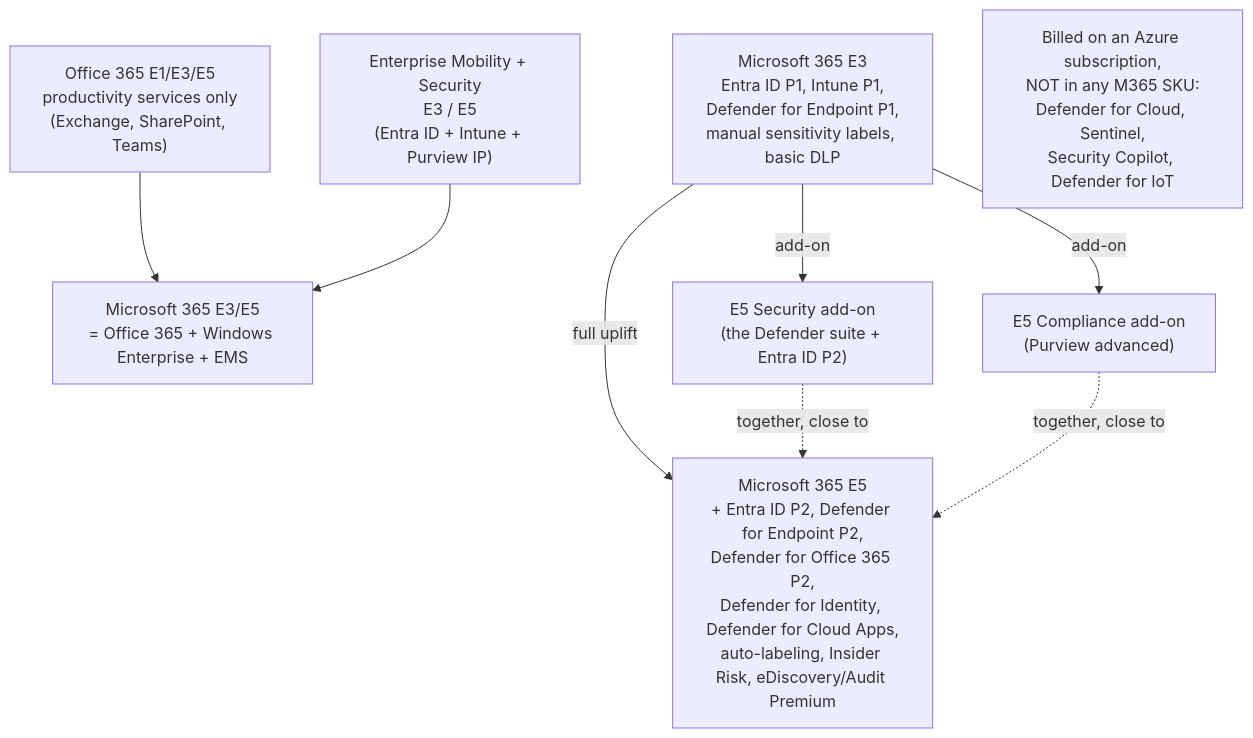
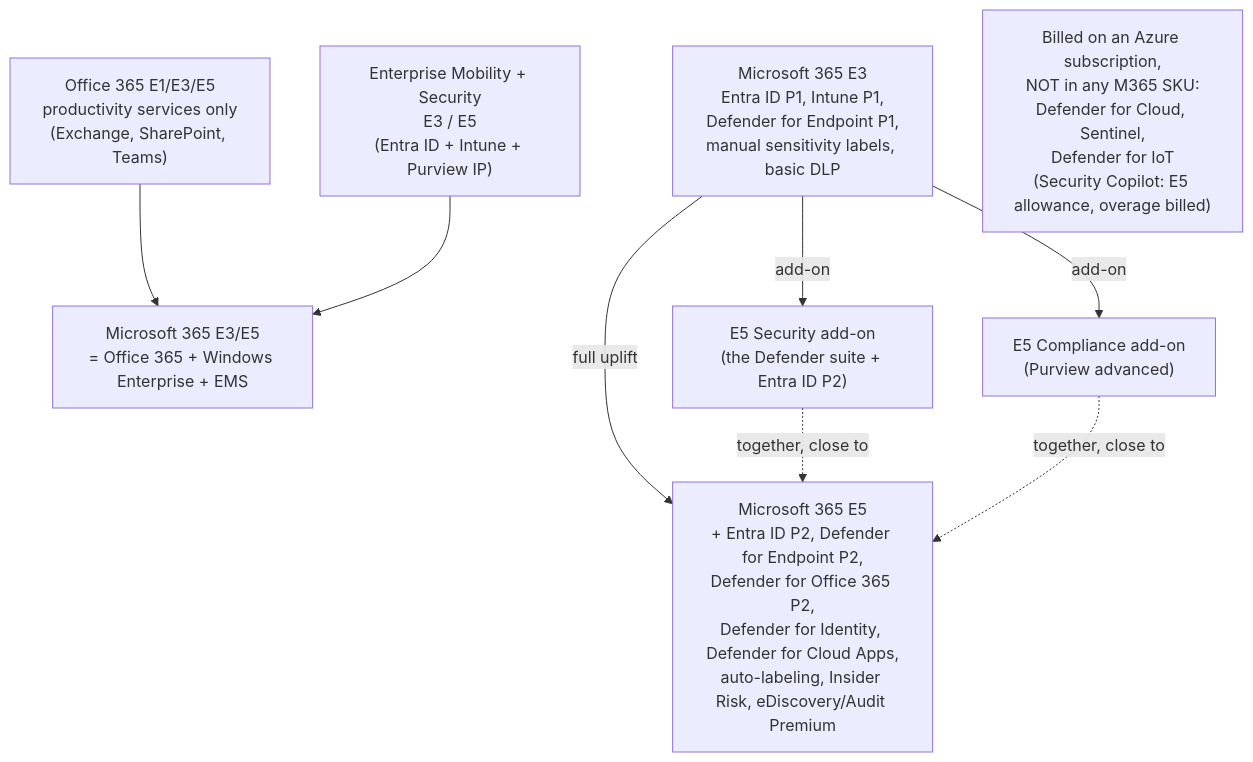
Before and after one commit to DhruvKai/SC-100: the first of 2 diagrams in 04 Applications/Microsoft 365 Licensing.md, drawn with Mermaid. The commit also changed other lines of this file and 27 other files, not shown here.

First line of the commit message:
Add patching, Defender for Cloud recommendations, and confidential computing notes; E3/E5 cheat sheet

````diff
--- a/04 Applications/Microsoft 365 Licensing.md
+++ b/04 Applications/Microsoft 365 Licensing.md
@@ -56,16 +86,16 @@
 ```mermaid
 flowchart TD
     O365["Office 365 E1/E3/E5<br/>productivity services only<br/>(Exchange, SharePoint, Teams)"] --> M365["Microsoft 365 E3/E5<br/>= Office 365 + Windows Enterprise + EMS"]
     EMS["Enterprise Mobility + Security<br/>E3 / E5<br/>(Entra ID + Intune + Purview IP)"] --> M365
 
     M365E3["Microsoft 365 E3<br/>Entra ID P1, Intune P1,<br/>Defender for Endpoint P1,<br/>manual sensitivity labels, basic DLP"]
     M365E5["Microsoft 365 E5<br/>+ Entra ID P2, Defender for Endpoint P2,<br/>Defender for Office 365 P2,<br/>Defender for Identity, Defender for Cloud Apps,<br/>auto-labeling, Insider Risk, eDiscovery/Audit Premium"]
 
     M365E3 -->|full uplift| M365E5
     M365E3 -->|add-on| SecAdd["E5 Security add-on<br/>(the Defender suite + Entra ID P2)"]
     M365E3 -->|add-on| CompAdd["E5 Compliance add-on<br/>(Purview advanced)"]
     SecAdd -.->|"together, close to"| M365E5
     CompAdd -.->|"together, close to"| M365E5
 
-    Azure["Billed on an Azure subscription,<br/>NOT in any M365 SKU:<br/>Defender for Cloud, Sentinel,<br/>Security Copilot, Defender for IoT"]
+    Azure["Billed on an Azure subscription,<br/>NOT in any M365 SKU:<br/>Defender for Cloud, Sentinel,<br/>Defender for IoT<br/>(Security Copilot: E5 allowance, overage billed)"]
 ```
````
